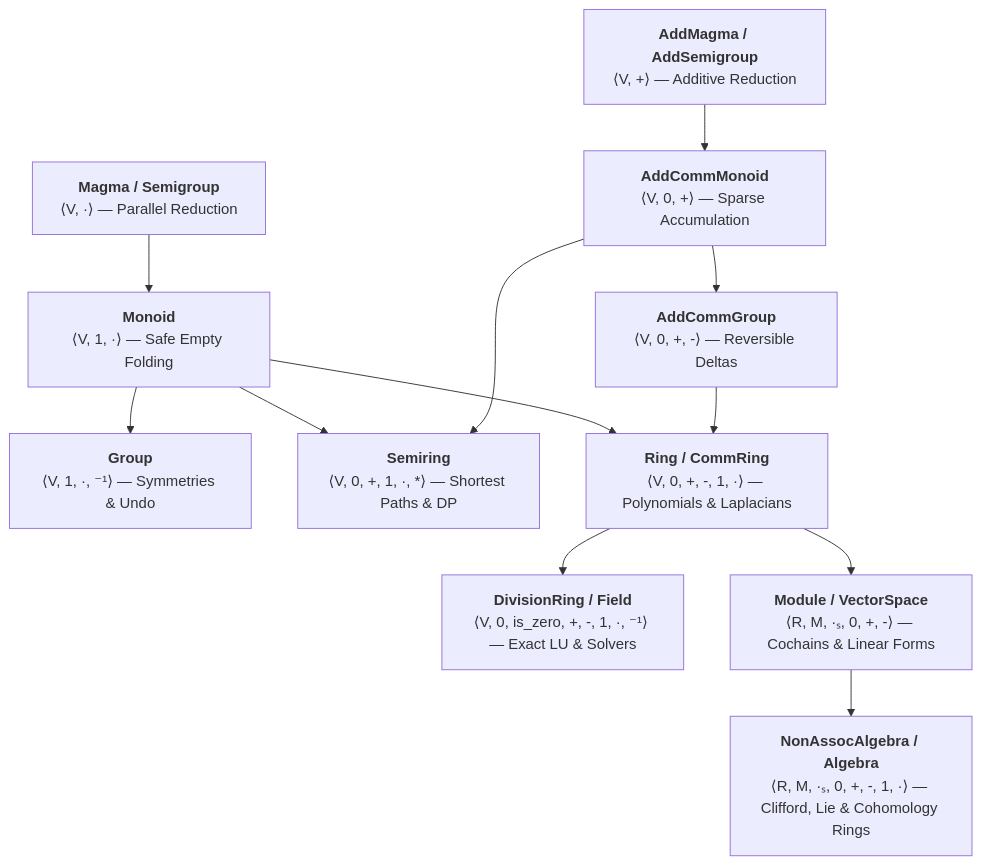
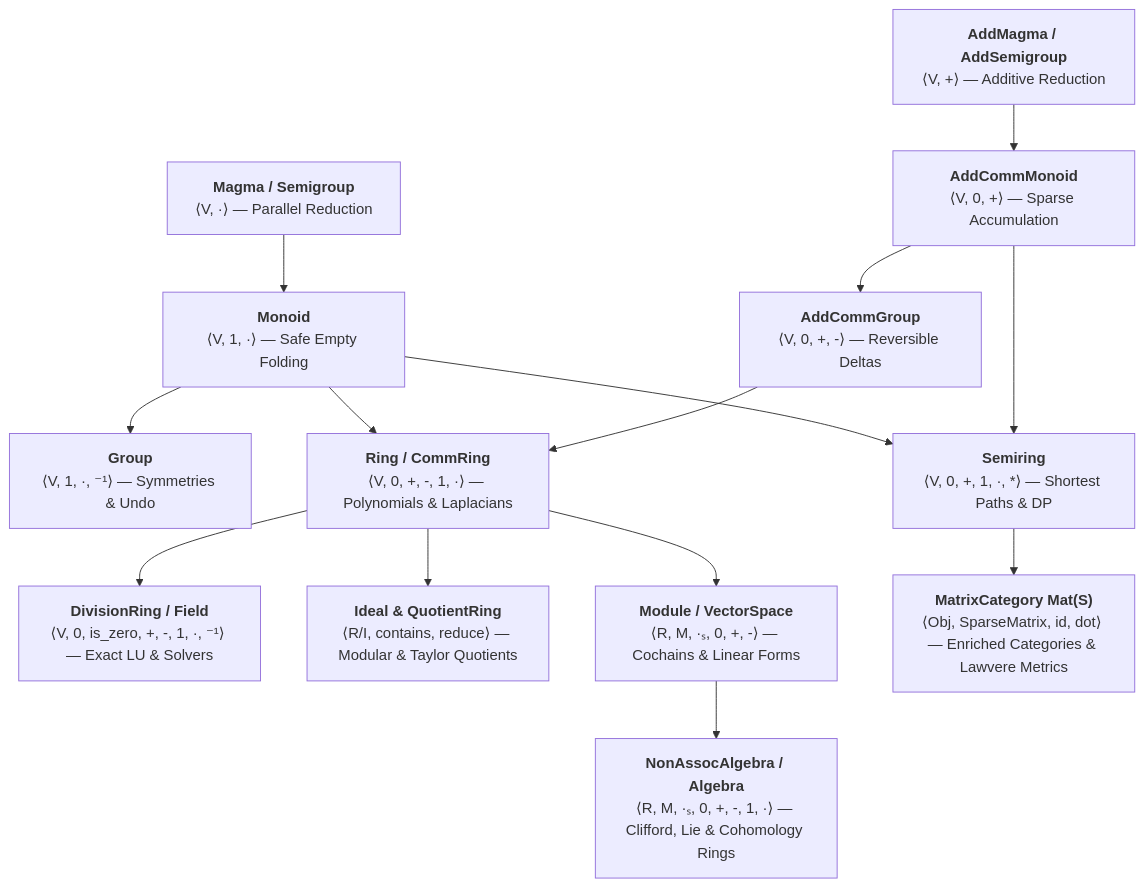
One commit to erivlis/algebrax changed the diagram in docs/guide/index.md. Above: the diagram before and after it, drawn with Mermaid. The commit also changed other lines of this file and 3 other files, not shown here.

Commit message:
docs: update polynomials_and_quotients and category documentation to include ideals, homomorphisms, and enriched matrix concepts

````diff
--- a/docs/guide/index.md
+++ b/docs/guide/index.md
@@ -17,14 +17,16 @@
 ```mermaid
 flowchart TD
     Magma["<b>Magma / Semigroup</b><br/>⟨V, ·⟩ — Parallel Reduction"] --> Monoid["<b>Monoid</b><br/>⟨V, 1, ·⟩ — Safe Empty Folding"]
     AddMagma["<b>AddMagma / AddSemigroup</b><br/>⟨V, +⟩ — Additive Reduction"] --> AddMonoid["<b>AddCommMonoid</b><br/>⟨V, 0, +⟩ — Sparse Accumulation"]
     Monoid --> Group["<b>Group</b><br/>⟨V, 1, ·, ⁻¹⟩ — Symmetries & Undo"]
     AddMonoid --> AddGroup["<b>AddCommGroup</b><br/>⟨V, 0, +, -⟩ — Reversible Deltas"]
     AddMonoid --> Semiring["<b>Semiring</b><br/>⟨V, 0, +, 1, ·, *⟩ — Shortest Paths & DP"]
     Monoid --> Semiring
     AddGroup --> Ring["<b>Ring / CommRing</b><br/>⟨V, 0, +, -, 1, ·⟩ — Polynomials & Laplacians"]
     Monoid --> Ring
     Ring --> Field["<b>DivisionRing / Field</b><br/>⟨V, 0, is_zero, +, -, 1, ·, ⁻¹⟩ — Exact LU & Solvers"]
+    Ring --> Ideal["<b>Ideal & QuotientRing</b><br/>⟨R/I, contains, reduce⟩ — Modular & Taylor Quotients"]
     Ring --> Module["<b>Module / VectorSpace</b><br/>⟨R, M, ·ₛ, 0, +, -⟩ — Cochains & Linear Forms"]
     Module --> Algebra["<b>NonAssocAlgebra / Algebra</b><br/>⟨R, M, ·ₛ, 0, +, -, 1, ·⟩ — Clifford, Lie & Cohomology Rings"]
+    Semiring --> MatCat["<b>MatrixCategory Mat(S)</b><br/>⟨Obj, SparseMatrix, id, dot⟩ — Enriched Categories & Lawvere Metrics"]
 ```
````
